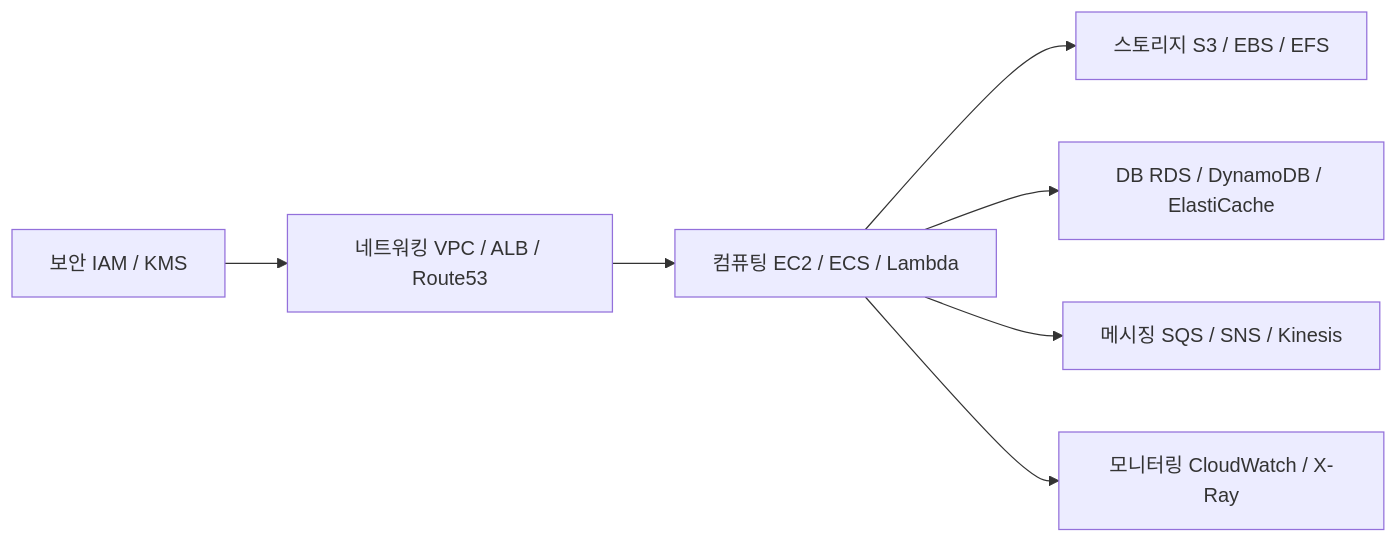
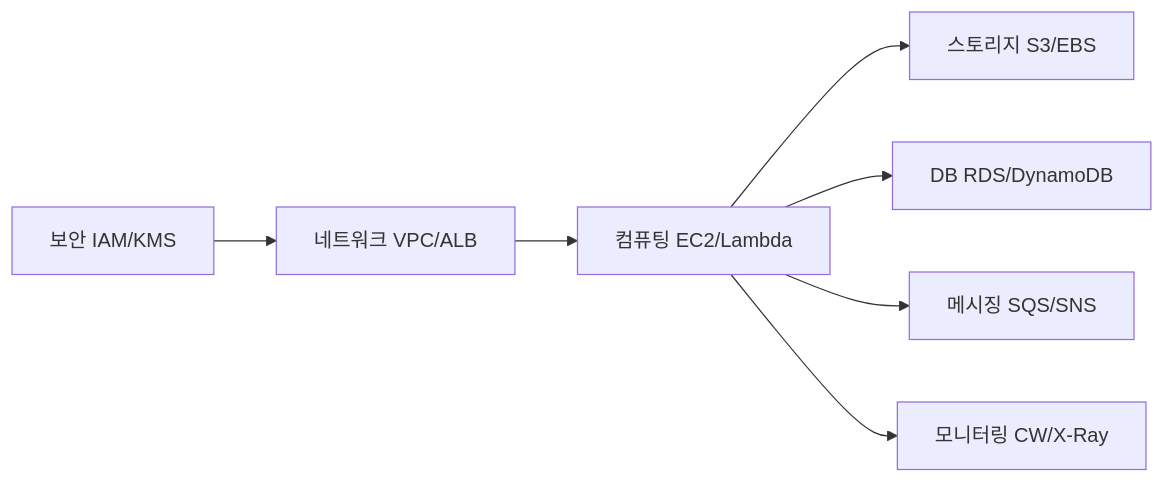
Before and after one commit to yjkim2015/yjkim2015.github.io: the first of 9 diagrams in _posts/cloud/2026-05-03-aws-core-services.md, drawn with Mermaid. The commit also changed other lines of this file and 132 other files, not shown here.

First line of the commit message:
Mermaid 다이어그램 가독성 정리: 단순 제거, 노드 축소, TD→LR 변환

````diff
--- a/_posts/cloud/2026-05-03-aws-core-services.md
+++ b/_posts/cloud/2026-05-03-aws-core-services.md
@@ -18,9 +18,9 @@
 ```mermaid
 graph LR
-    A[보안 IAM / KMS] --> B[네트워킹 VPC / ALB / Route53]
-    B --> C[컴퓨팅 EC2 / ECS / Lambda]
-    C --> D[스토리지 S3 / EBS / EFS]
-    C --> E[DB RDS / DynamoDB / ElastiCache]
-    C --> F[메시징 SQS / SNS / Kinesis]
-    C --> G[모니터링 CloudWatch / X-Ray]
+    A[보안 IAM/KMS] --> B[네트워크 VPC/ALB]
+    B --> C[컴퓨팅 EC2/Lambda]
+    C --> D[스토리지 S3/EBS]
+    C --> E[DB RDS/DynamoDB]
+    C --> F[메시징 SQS/SNS]
+    C --> G[모니터링 CW/X-Ray]
 ```
````
